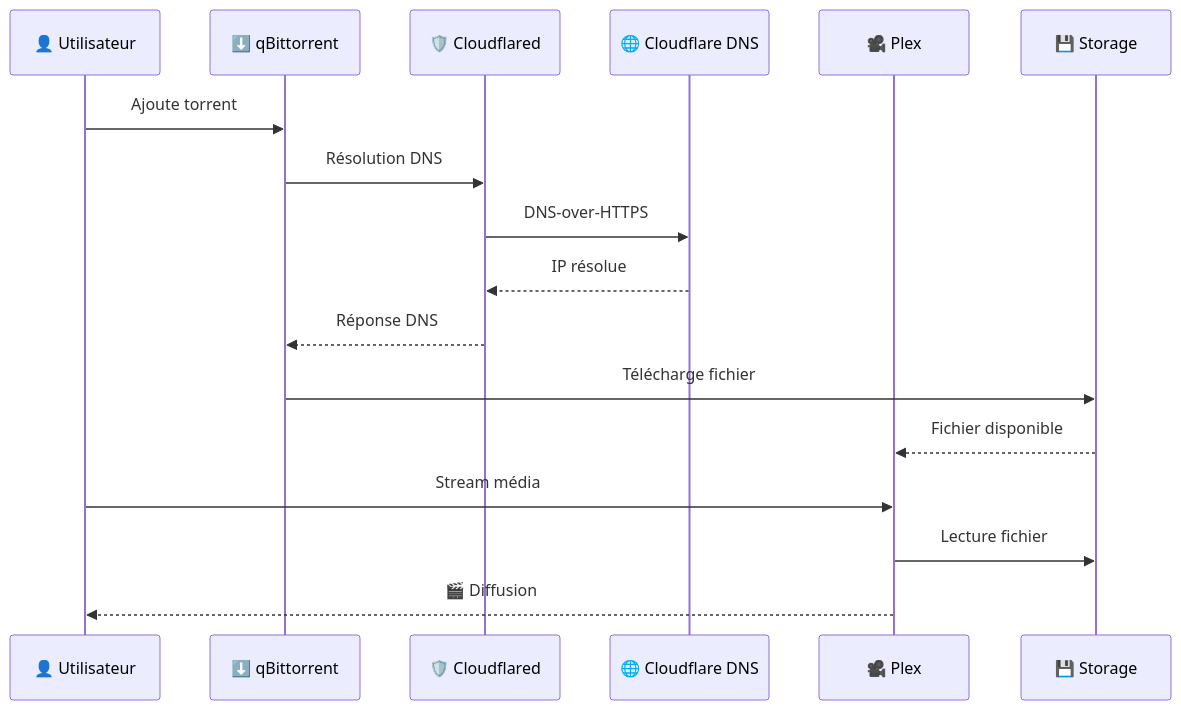
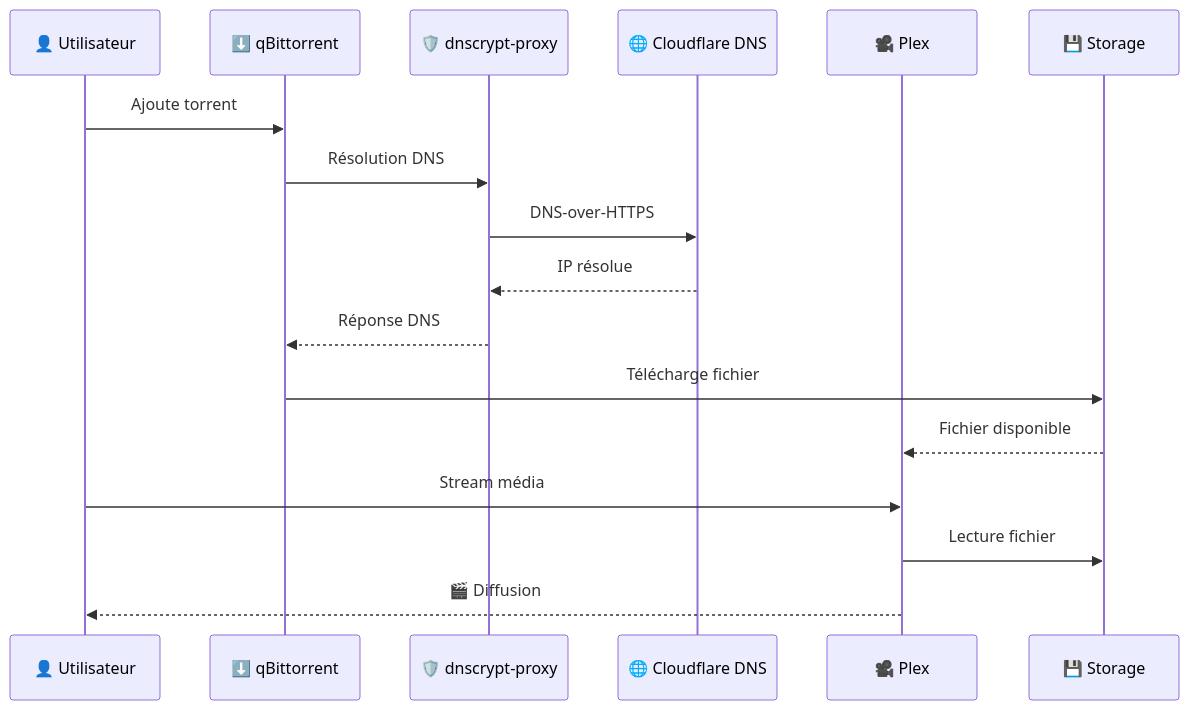
Before and after one commit to muchiny/media-stack-k8s: the third of 3 diagrams in README.md, drawn with Mermaid. The commit also changed other lines of this file and 17 other files, not shown here.

First line of the commit message:
chore: Complete cloudflared to dnscrypt-proxy migration

````diff
--- a/README.md
+++ b/README.md
@@ -119,20 +119,20 @@
 ```mermaid
 sequenceDiagram
     participant U as 👤 Utilisateur
     participant QB as ⬇️ qBittorrent
-    participant CF as 🛡️ Cloudflared
+    participant CF as 🛡️ dnscrypt-proxy
     participant DNS as 🌐 Cloudflare DNS
     participant P as 🎥 Plex
     participant S as 💾 Storage
 
     U->>QB: Ajoute torrent
     QB->>CF: Résolution DNS
     CF->>DNS: DNS-over-HTTPS
     DNS-->>CF: IP résolue
     CF-->>QB: Réponse DNS
     QB->>S: Télécharge fichier
     S-->>P: Fichier disponible
     U->>P: Stream média
     P->>S: Lecture fichier
     P-->>U: 🎬 Diffusion
 ```
````
